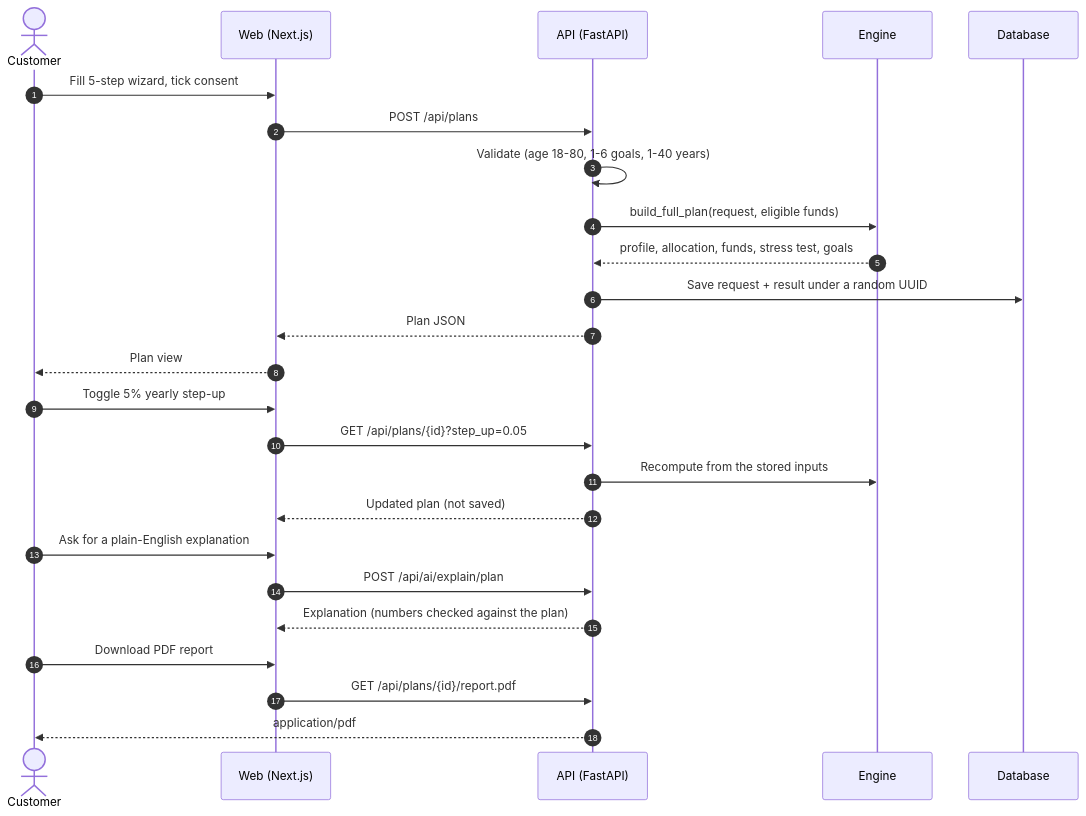
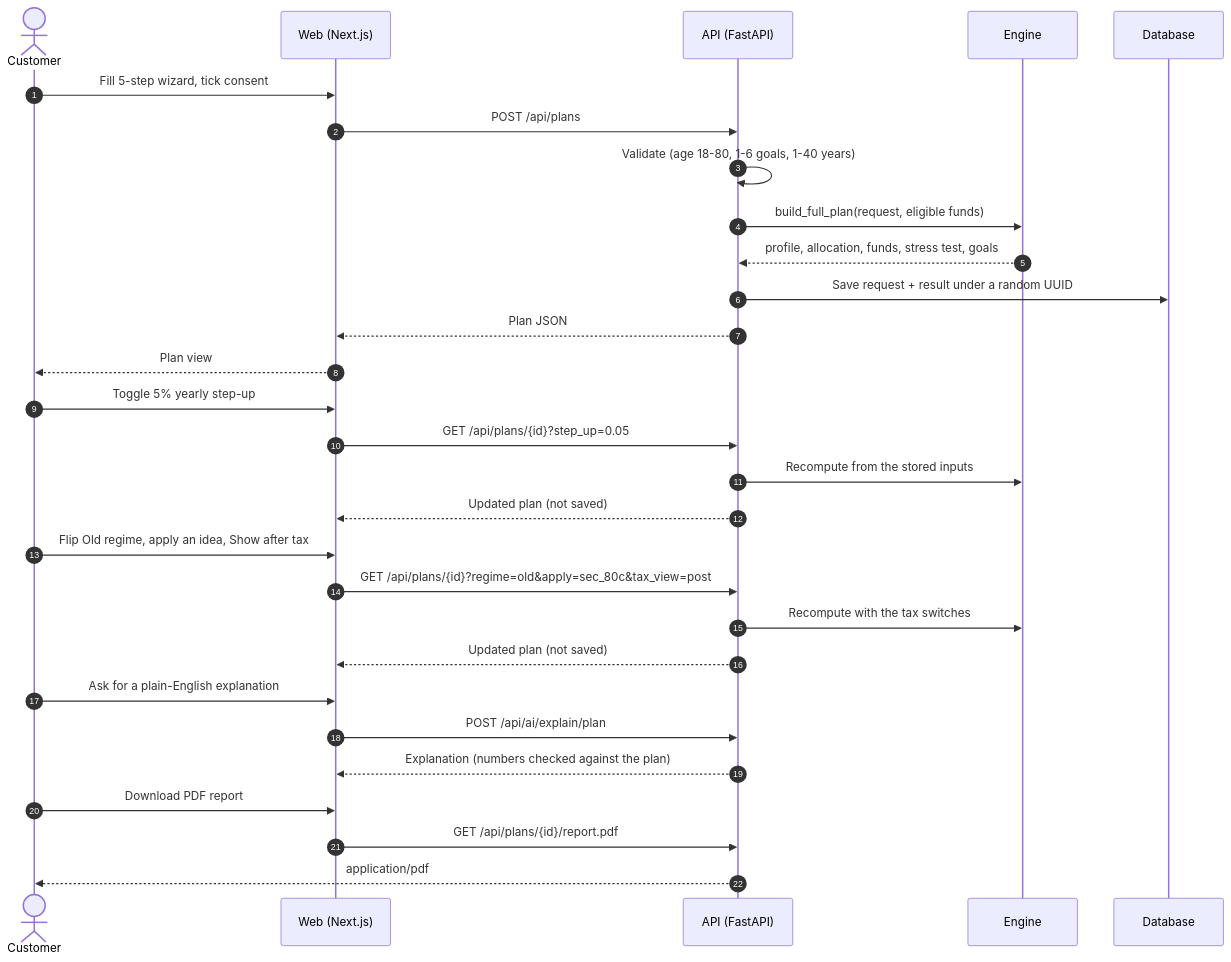
One commit to debmukdm-jioinstitute/Fund-Horizon changed the third of 8 diagrams in README.md. Above: the diagram before and after it, drawn with Mermaid. The commit also changed other lines of this file and 8 other files, not shown here.

````diff
--- a/README.md
+++ b/README.md
@@ -114,27 +118,31 @@
 ```mermaid
 sequenceDiagram
     autonumber
     actor U as Customer
     participant W as Web (Next.js)
     participant A as API (FastAPI)
     participant E as Engine
     participant DB as Database
     U->>W: Fill 5-step wizard, tick consent
     W->>A: POST /api/plans
     A->>A: Validate (age 18-80, 1-6 goals, 1-40 years)
     A->>E: build_full_plan(request, eligible funds)
     E-->>A: profile, allocation, funds, stress test, goals
     A->>DB: Save request + result under a random UUID
     A-->>W: Plan JSON
     W-->>U: Plan view
     U->>W: Toggle 5% yearly step-up
     W->>A: GET /api/plans/{id}?step_up=0.05
     A->>E: Recompute from the stored inputs
     A-->>W: Updated plan (not saved)
+    U->>W: Flip Old regime, apply an idea, Show after tax
+    W->>A: GET /api/plans/{id}?regime=old&apply=sec_80c&tax_view=post
+    A->>E: Recompute with the tax switches
+    A-->>W: Updated plan (not saved)
     U->>W: Ask for a plain-English explanation
     W->>A: POST /api/ai/explain/plan
     A-->>W: Explanation (numbers checked against the plan)
     U->>W: Download PDF report
     W->>A: GET /api/plans/{id}/report.pdf
     A-->>U: application/pdf
 ```
````
